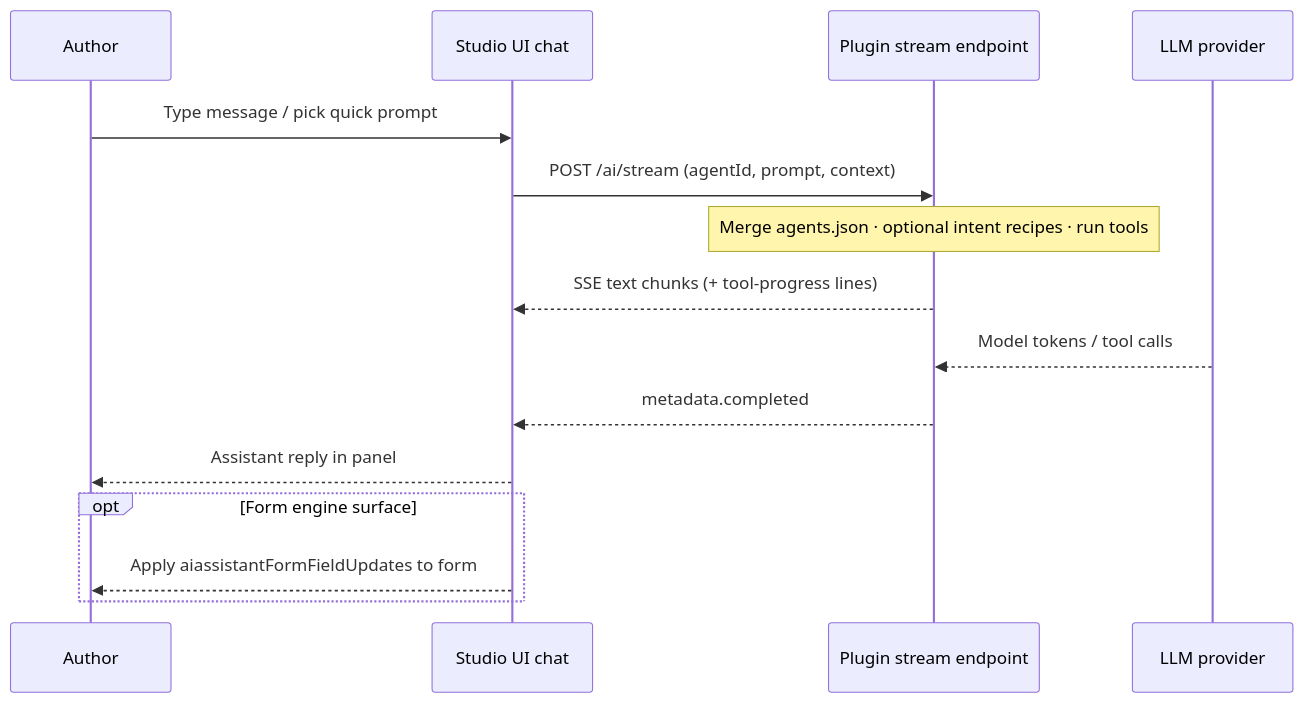
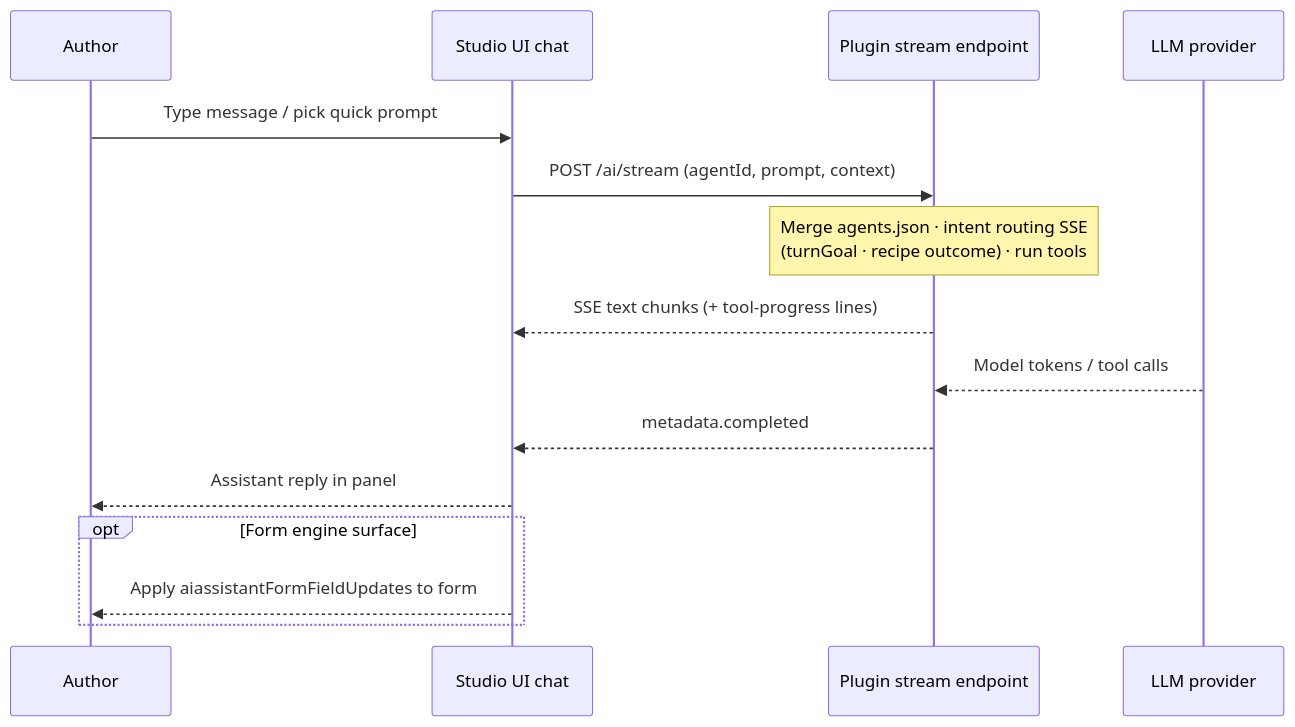
One commit to craftercms/ai-assistant-plugin changed the seventh of 14 diagrams in docs/architecture-diagrams.md. Above: the diagram before and after it, drawn with Mermaid. The commit also changed other lines of this file and 30 other files, not shown here.

Commit message:
Add turn-goal routing, new-content WriteContent validation, and spec/docs/tests.

````diff
--- a/docs/architecture-diagrams.md
+++ b/docs/architecture-diagrams.md
@@ -289,18 +290,18 @@
 ```mermaid
 sequenceDiagram
   participant A as Author
   participant UI as Studio UI chat
   participant S as Plugin stream endpoint
   participant L as LLM provider
 
   A->>UI: Type message / pick quick prompt
   UI->>S: POST /ai/stream (agentId, prompt, context)
-  Note over S: Merge agents.json · optional intent recipes · run tools
+  Note over S: Merge agents.json · intent routing SSE<br/>(turnGoal · recipe outcome) · run tools
   S-->>UI: SSE text chunks (+ tool-progress lines)
   L-->>S: Model tokens / tool calls
   S-->>UI: metadata.completed
   UI-->>A: Assistant reply in panel
   opt Form engine surface
     UI-->>A: Apply aiassistantFormFieldUpdates to form
   end
 ```
````
